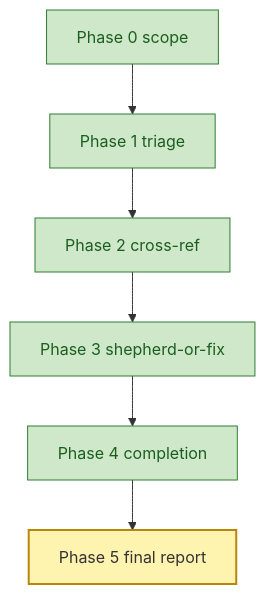
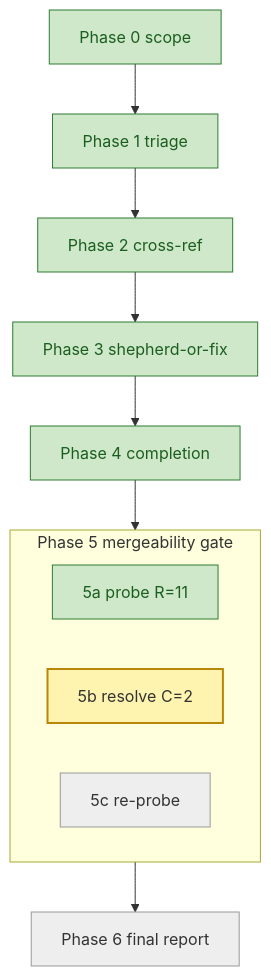
The sixth of 7 diagrams in packages/batch-bug-shepherd/.apm/skills/batch-bug-shepherd/evals/fixtures/sweep-bug-queue.with_skill.md (microsoft/apm), drawn with Mermaid before and after one commit. The commit also changed other lines of this file and 9 other files, not shown here.

````diff
--- a/packages/batch-bug-shepherd/.apm/skills/batch-bug-shepherd/evals/fixtures/sweep-bug-queue.with_skill.md
+++ b/packages/batch-bug-shepherd/.apm/skills/batch-bug-shepherd/evals/fixtures/sweep-bug-queue.with_skill.md
@@ -191,15 +191,21 @@
 ```mermaid
 flowchart TB
     P0[Phase 0 scope]:::done
     P1[Phase 1 triage]:::done
     P2[Phase 2 cross-ref]:::done
     P3[Phase 3 shepherd-or-fix]:::done
     P4[Phase 4 completion]:::done
-    P5[Phase 5 final report]:::active
-    P0 --> P1 --> P2 --> P3 --> P4 --> P5
+    subgraph WAVE4[Phase 5 mergeability gate]
+        direction LR
+        P5a[5a probe R=11]:::done
+        P5b[5b resolve C=2]:::active
+        P5c[5c re-probe]:::pending
+    end
+    P6[Phase 6 final report]:::pending
+    P0 --> P1 --> P2 --> P3 --> P4 --> WAVE4 --> P6
     classDef pending fill:#eee,stroke:#999,color:#333
     classDef active  fill:#fff3b0,stroke:#b8860b,color:#333,stroke-width:2px
     classDef done    fill:#cfe8c9,stroke:#2e7d32,color:#1b5e20
     classDef blocked fill:#f8c7c7,stroke:#b71c1c,color:#7f0000
     classDef skipped fill:#f0f0f0,stroke:#bbb,color:#888,stroke-dasharray:3 3
 ```
````
